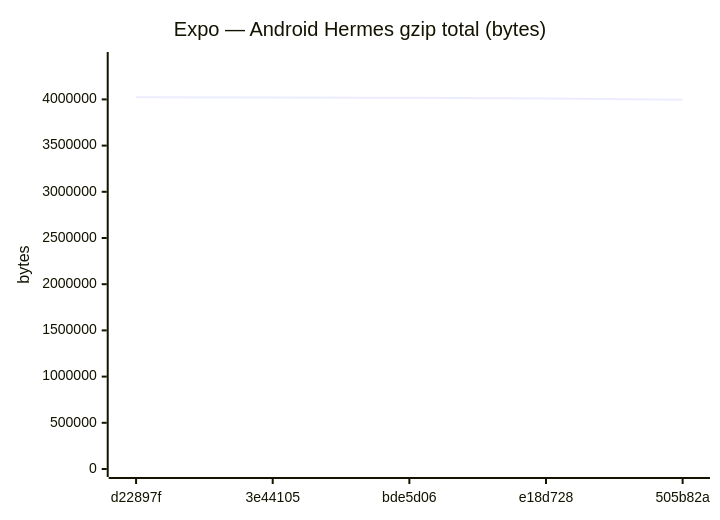
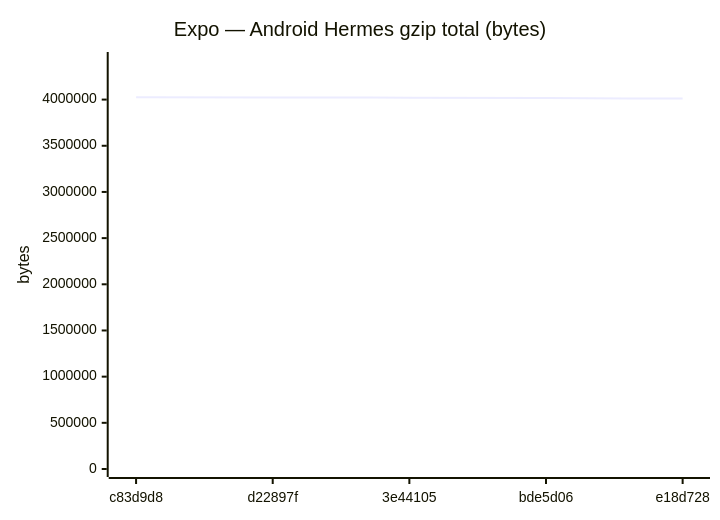
Before and after one commit to Metaheurist/Rianell: diagram 11 of 18 in benchmarks/compare.md, drawn with Mermaid. The commit also changed other lines of this file and 11 other files, not shown here.

````diff
--- a/benchmarks/compare.md
+++ b/benchmarks/compare.md
@@ -172,7 +172,7 @@
 ```mermaid
 xychart-beta
     title "Expo — Android Hermes gzip total (bytes)"
-    x-axis ["d22897f", "3e44105", "bde5d06", "e18d728", "505b82a"]
-    y-axis "bytes" 0 --> 4426366
-    line [4023969, 4020690, 4016661, 4010565, 3997221]
+    x-axis ["c83d9d8", "d22897f", "3e44105", "bde5d06", "e18d728"]
+    y-axis "bytes" 0 --> 4428693
+    line [4026084, 4023969, 4020690, 4016661, 4010565]
 ```
````
